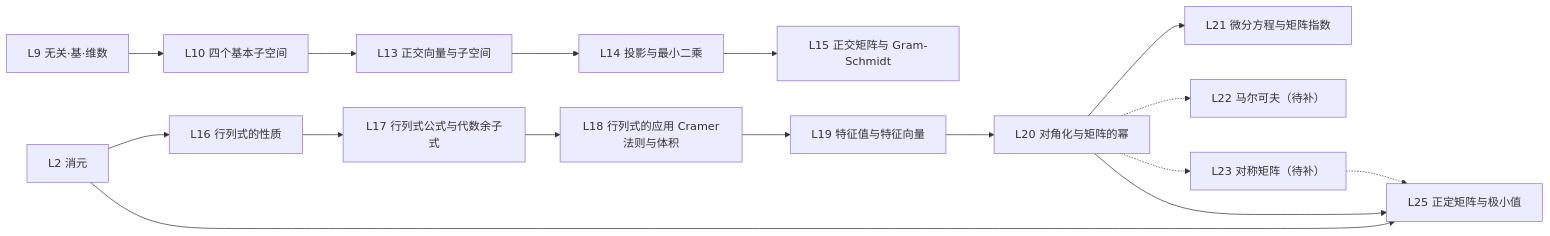
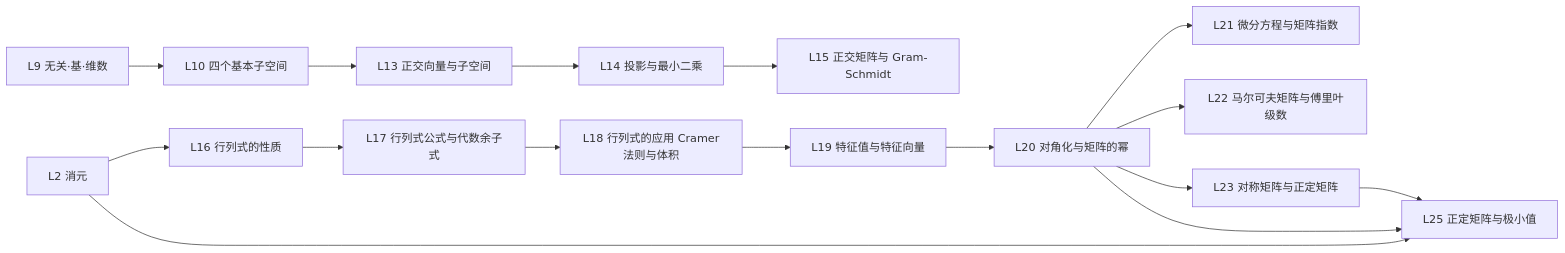
The diagram in Math/Linear Algebra/Overview.md (Korotomx/STD), drawn with Mermaid before and after one commit. The commit also changed other lines of this file and 10 other files, not shown here.

````diff
--- a/Math/Linear Algebra/Overview.md
+++ b/Math/Linear Algebra/Overview.md
@@ -89,18 +103,18 @@
 ```mermaid
 flowchart LR
     L9["L9 无关·基·维数"] --> L10["L10 四个基本子空间"]
     L10 --> L13["L13 正交向量与子空间"]
     L13 --> L14["L14 投影与最小二乘"]
     L14 --> L15["L15 正交矩阵与 Gram-Schmidt"]
     L2["L2 消元"] --> L16["L16 行列式的性质"]
     L16 --> L17["L17 行列式公式与代数余子式"]
     L17 --> L18["L18 行列式的应用 Cramer法则与体积"]
     L18 --> L19["L19 特征值与特征向量"]
     L19 --> L20["L20 对角化与矩阵的幂"]
     L20 --> L21["L21 微分方程与矩阵指数"]
-    L20 -.-> L22["L22 马尔可夫（待补）"]
-    L20 -.-> L23["L23 对称矩阵（待补）"]
-    L23 -.-> L25["L25 正定矩阵与极小值"]
+    L20 --> L22["L22 马尔可夫矩阵与傅里叶级数"]
+    L20 --> L23["L23 对称矩阵与正定矩阵"]
+    L23 --> L25["L25 正定矩阵与极小值"]
     L20 --> L25
     L2 --> L25
 ```
````
